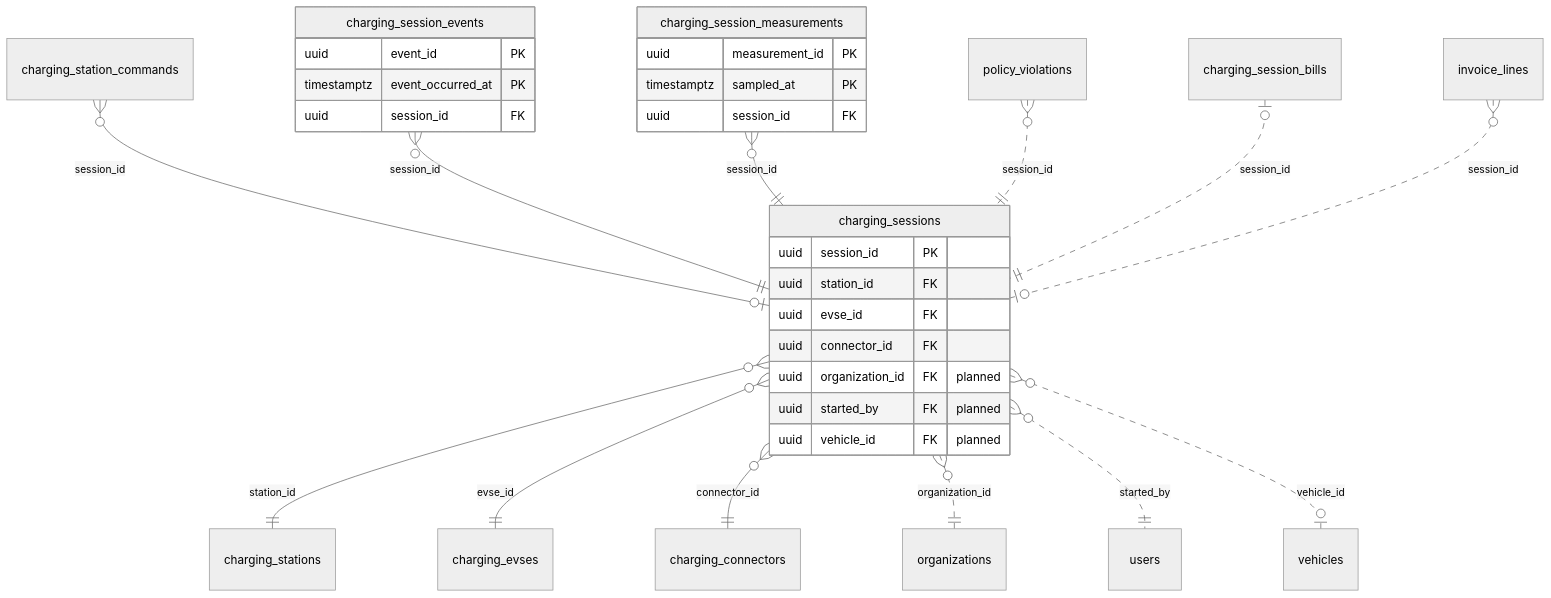
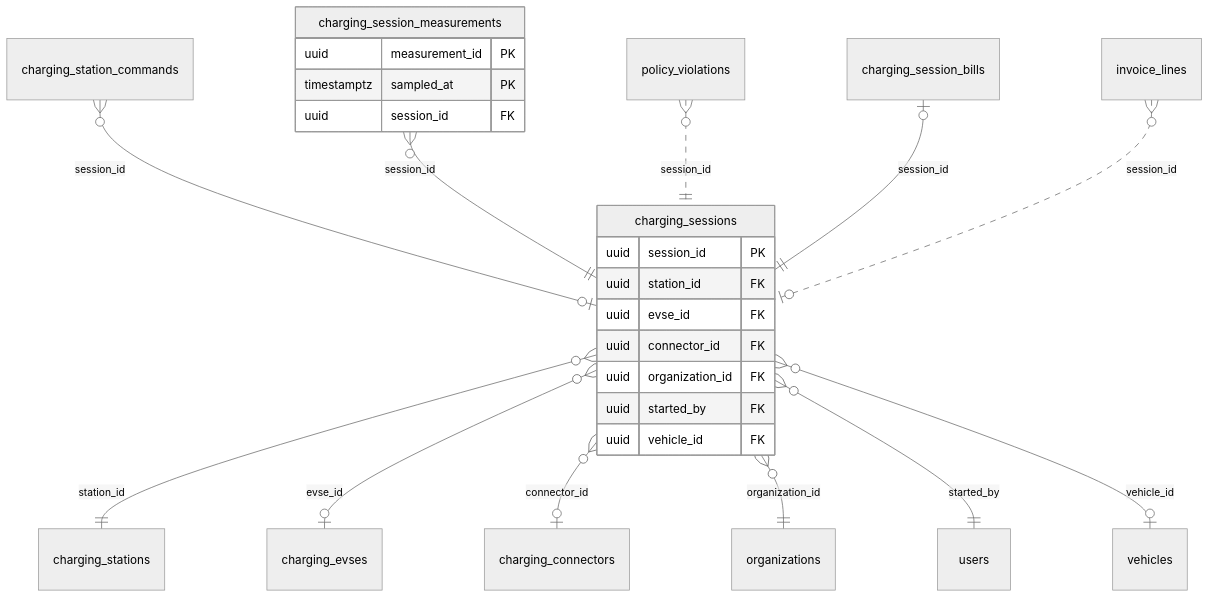
One commit to yolo-coccoc/G3Network-app changed the diagram in docs/design/domain-model/domains/charging_sessions.md. Above: the diagram before and after it, drawn with Mermaid (neutral theme). The commit also changed other lines of this file and 66 other files, not shown here.

First line of the commit message:
feat(schema): finish the WP1 schema refactor (sessions, billing, notifications)

````diff
--- a/docs/design/domain-model/domains/charging_sessions.md
+++ b/docs/design/domain-model/domains/charging_sessions.md
@@ -17,34 +16,28 @@
 ```mermaid
 erDiagram
   charging_sessions {
     uuid session_id PK
     uuid station_id FK
     uuid evse_id FK
     uuid connector_id FK
-    uuid organization_id FK "planned"
-    uuid started_by FK "planned"
-    uuid vehicle_id FK "planned"
-  }
-  charging_session_events {
-    uuid event_id PK
-    timestamptz event_occurred_at PK
-    uuid session_id FK
+    uuid organization_id FK
+    uuid started_by FK
+    uuid vehicle_id FK
   }
   charging_session_measurements {
     uuid measurement_id PK
     timestamptz sampled_at PK
     uuid session_id FK
   }
   charging_station_commands }o--o| charging_sessions : "session_id"
   charging_sessions }o--|| charging_stations : "station_id"
-  charging_sessions }o--|| charging_evses : "evse_id"
-  charging_sessions }o--|| charging_connectors : "connector_id"
-  charging_sessions }o..|| organizations : "organization_id"
-  charging_sessions }o..|| users : "started_by"
-  charging_sessions }o..o| vehicles : "vehicle_id"
-  charging_session_events }o--|| charging_sessions : "session_id"
+  charging_sessions }o--o| charging_evses : "evse_id"
+  charging_sessions }o--o| charging_connectors : "connector_id"
+  charging_sessions }o--|| organizations : "organization_id"
+  charging_sessions }o--|| users : "started_by"
+  charging_sessions }o--o| vehicles : "vehicle_id"
   charging_session_measurements }o--|| charging_sessions : "session_id"
   policy_violations }o..|| charging_sessions : "session_id"
-  charging_session_bills |o..|| charging_sessions : "session_id"
+  charging_session_bills |o--|| charging_sessions : "session_id"
   invoice_lines }o..o| charging_sessions : "session_id"
 ```
````
